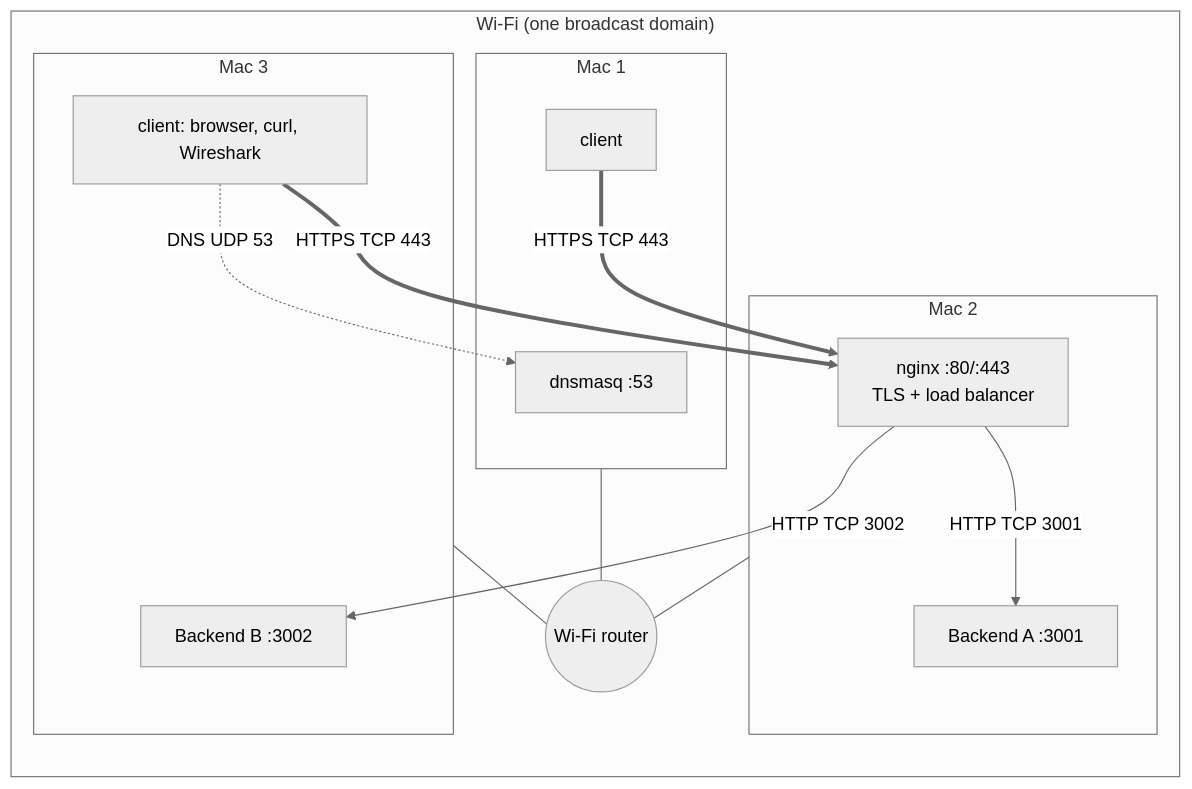
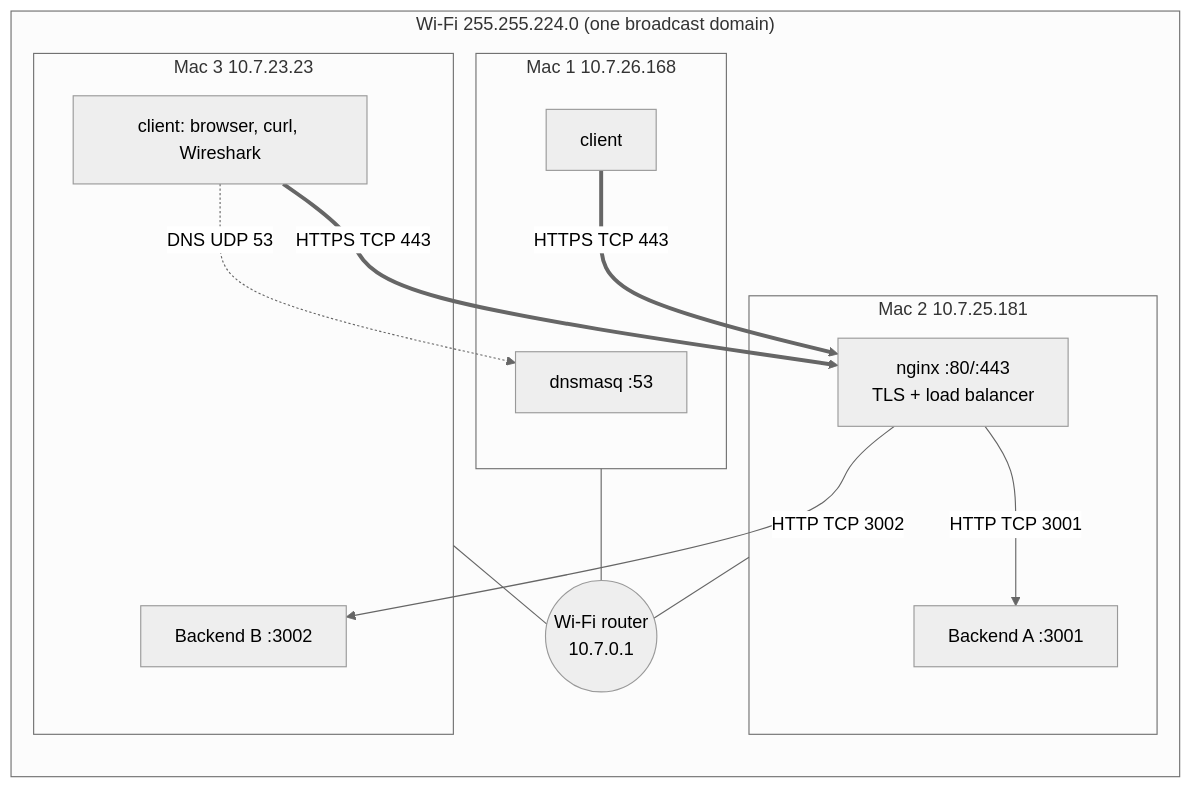
One commit to SamadhiyaAditya/CN_Phase1 changed the first of 2 diagrams in docs/ARCHITECTURE.md. Above: the diagram before and after it, drawn with Mermaid (neutral theme). The commit also changed other lines of this file and 2 other files, not shown here.

````diff
--- a/docs/ARCHITECTURE.md
+++ b/docs/ARCHITECTURE.md
@@ -16,26 +16,26 @@
 ```mermaid
 flowchart LR
-  subgraph LAN["Wi-Fi <subnet> (one broadcast domain)"]
-    subgraph M1["Mac 1 <IP1>"]
+  subgraph LAN["Wi-Fi 255.255.224.0 (one broadcast domain)"]
+    subgraph M1["Mac 1 10.7.26.168"]
       DNS["dnsmasq :53"]
       C1["client"]
     end
-    subgraph M2["Mac 2 <IP2>"]
+    subgraph M2["Mac 2 10.7.25.181"]
       EDGE["nginx :80/:443<br/>TLS + load balancer"]
       A["Backend A :3001"]
     end
-    subgraph M3["Mac 3 <IP3>"]
+    subgraph M3["Mac 3 10.7.23.23"]
       C3["client: browser, curl, Wireshark"]
       B["Backend B :3002"]
     end
-    GW(("Wi-Fi router<br/><gateway>"))
+    GW(("Wi-Fi router<br/>10.7.0.1"))
   end
   M1 --- GW
   M2 --- GW
   M3 --- GW
   C3 -. "DNS UDP 53" .-> DNS
   C3 == "HTTPS TCP 443" ==> EDGE
   C1 == "HTTPS TCP 443" ==> EDGE
   EDGE -- "HTTP TCP 3001" --> A
   EDGE -- "HTTP TCP 3002" --> B
 ```
````
